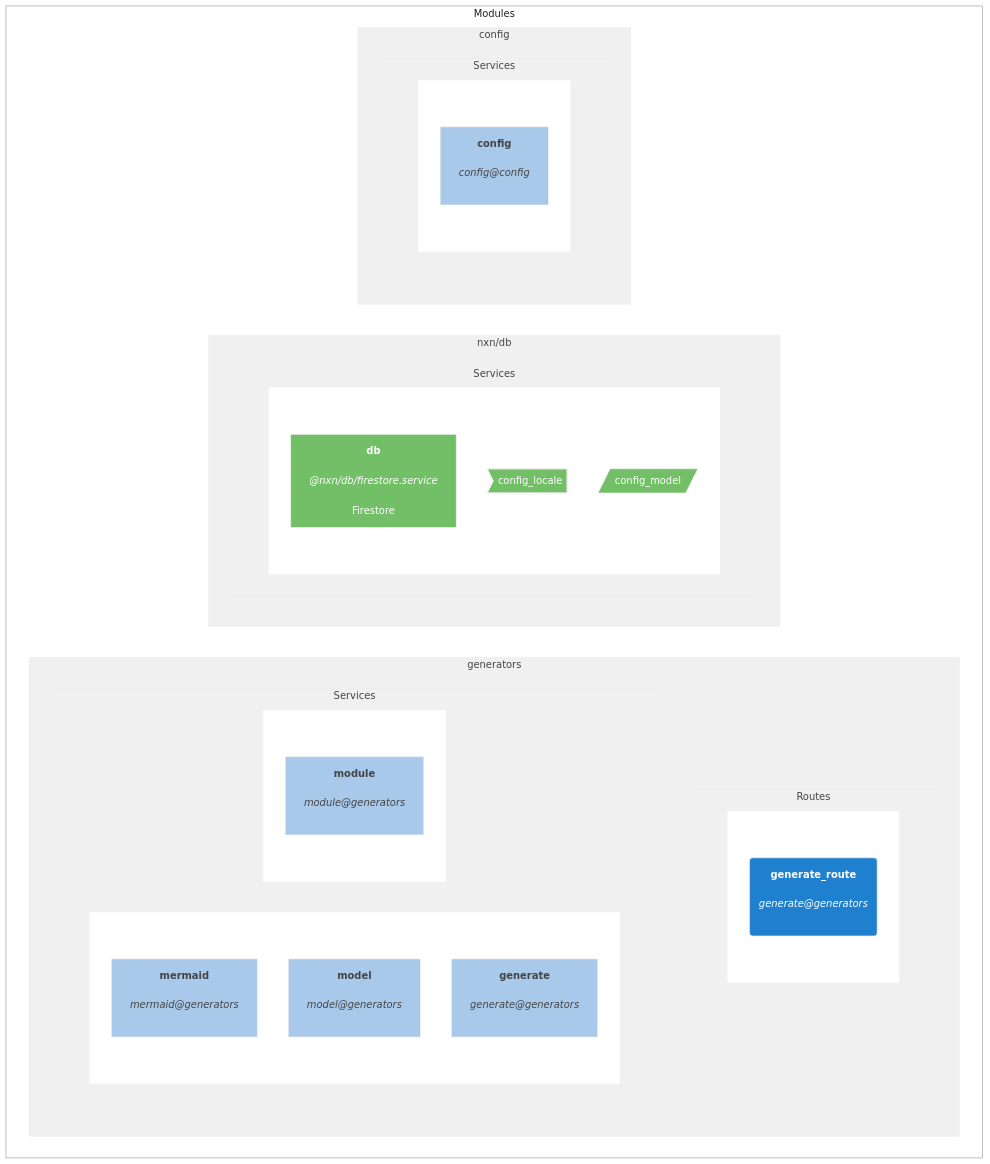
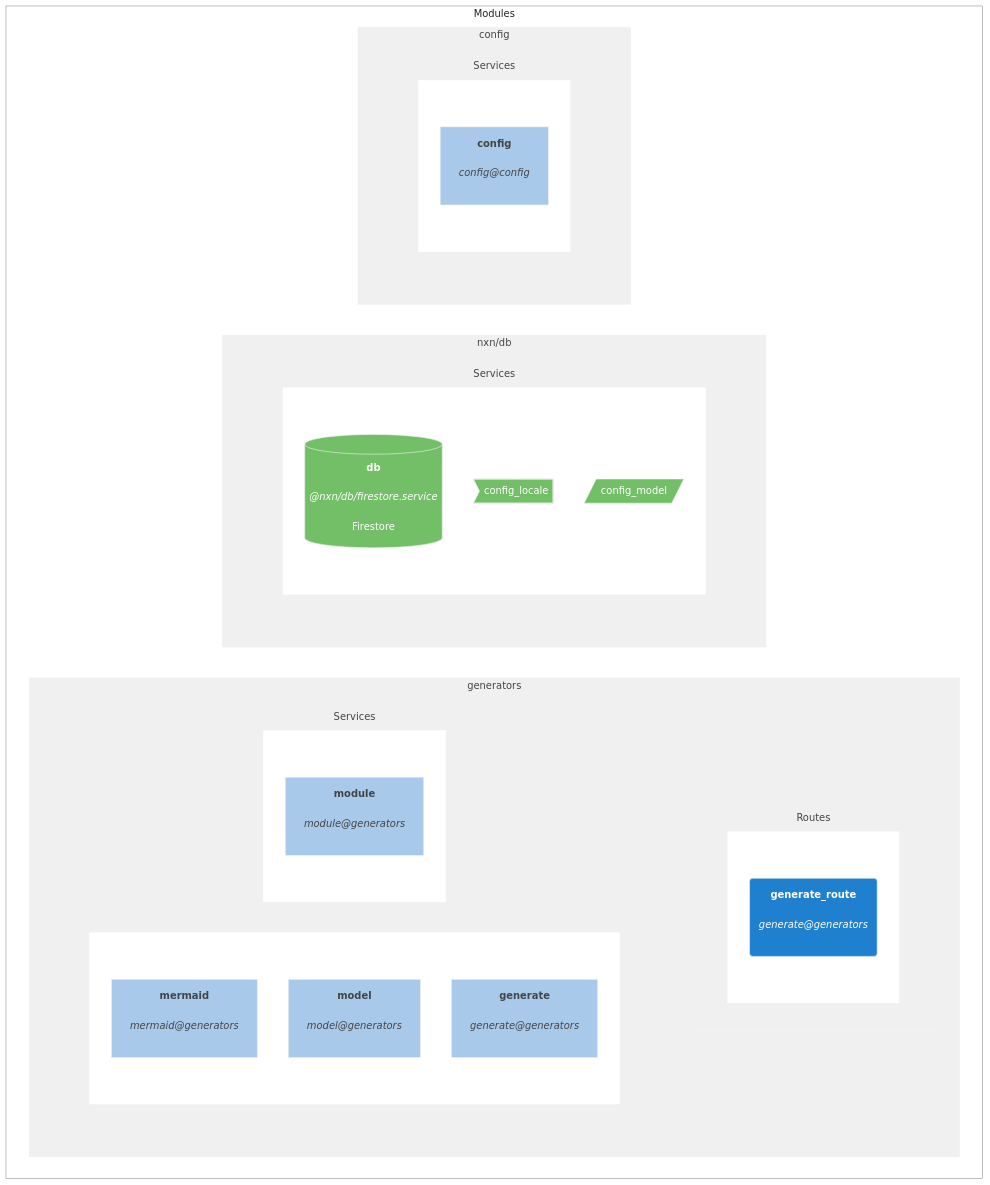
One commit to franck-yvetot/nxn-cli changed the diagram in client_data/default/config_default.modules.README.mmd. Above: the diagram before and after it, drawn with Mermaid. The commit also changed 1 other file, not shown here.

Commit message:
foix firestore doc shape

```diff
--- a/client_data/default/config_default.modules.README.mmd
+++ b/client_data/default/config_default.modules.README.mmd
@@ -1,103 +1,103 @@
 graph TB;
 
 subgraph Modules
     direction LR;
     classDef nodeCls fill:#9C57BF,stroke:#eee,color:#fff
     classDef routeCls fill:#2080D0,stroke:#eee,color:#fff
     classDef nodCls fill:#9C57BF,stroke:#eee,color:#fff
     classDef serviceCls fill:#A9C9EB,stroke:#eee,color:#444
     classDef dataCls fill:#73BF67,stroke:#eee,color:#fff
     classDef localeCls fill:#73BF67,stroke:#eee,color:#fff
 
 subgraph generators
 direction TB;
 
 subgraph generators:routes["Routes"]
 direction LR;
 
 subgraph generators_routes1
 direction TB;
     generate_route_doc("<b>generate_route</b><br><br><i>generate@generators</i><br><br>"):::routeCls
 
 end
 style generators_routes1 fill:#fff,stroke:#fff,color:#fff
 
 end
 style generators:routes fill:#f0f0f0,stroke:#eee,color:#444
 
 
 subgraph generators:services["Services"]
 direction LR;
 
 subgraph generators_services1
 direction TB;
     mermaid_doc["<b>mermaid</b><br><br><i>mermaid@generators</i><br><br>"]:::serviceCls
 
     model_doc["<b>model</b><br><br><i>model@generators</i><br><br>"]:::serviceCls
 
     generate_doc["<b>generate</b><br><br><i>generate@generators</i><br><br>"]:::serviceCls
 
 end
 style generators_services1 fill:#fff,stroke:#fff,color:#fff
 
 
 subgraph generators_services2
 direction TB;
     module_doc["<b>module</b><br><br><i>module@generators</i><br><br>"]:::serviceCls
 
 end
 style generators_services2 fill:#fff,stroke:#fff,color:#fff
 
 end
 style generators:services fill:#f0f0f0,stroke:#eee,color:#444
 
 end
 style generators fill:#f0f0f0,stroke:#eee,color:#444
 
 
 
 subgraph nxn/db
 direction TB;
 
 subgraph nxn/db:services["Services"]
 direction LR;
 
 subgraph nxn/db_services1
 direction TB;
-    db_doc["<b>db</b><br><br><i>@nxn/db/firestore.service</i><br><br>Firestore"]:::dataCls
+    db_doc[("<b>db</b><br><br><i>@nxn/db/firestore.service</i><br><br>Firestore")]:::dataCls
 
     config_locale_doc>"config_locale"]:::localeCls
 
     config_model_doc[/"config_model"/]:::dataCls
 
 end
 style nxn/db_services1 fill:#fff,stroke:#fff,color:#fff
 
 end
 style nxn/db:services fill:#f0f0f0,stroke:#eee,color:#444
 
 end
 style nxn/db fill:#f0f0f0,stroke:#eee,color:#444
 
 
 
 subgraph config
 direction TB;
 
 subgraph config:services["Services"]
 direction LR;
 
 subgraph config_services1
 direction TB;
     config_doc["<b>config</b><br><br><i>config@config</i><br><br>"]:::serviceCls
 
 end
 style config_services1 fill:#fff,stroke:#fff,color:#fff
 
 end
 style config:services fill:#f0f0f0,stroke:#eee,color:#444
 
 end
 style config fill:#f0f0f0,stroke:#eee,color:#444
 end
 style Modules fill:#fff,stroke:#999,color:#222
```
